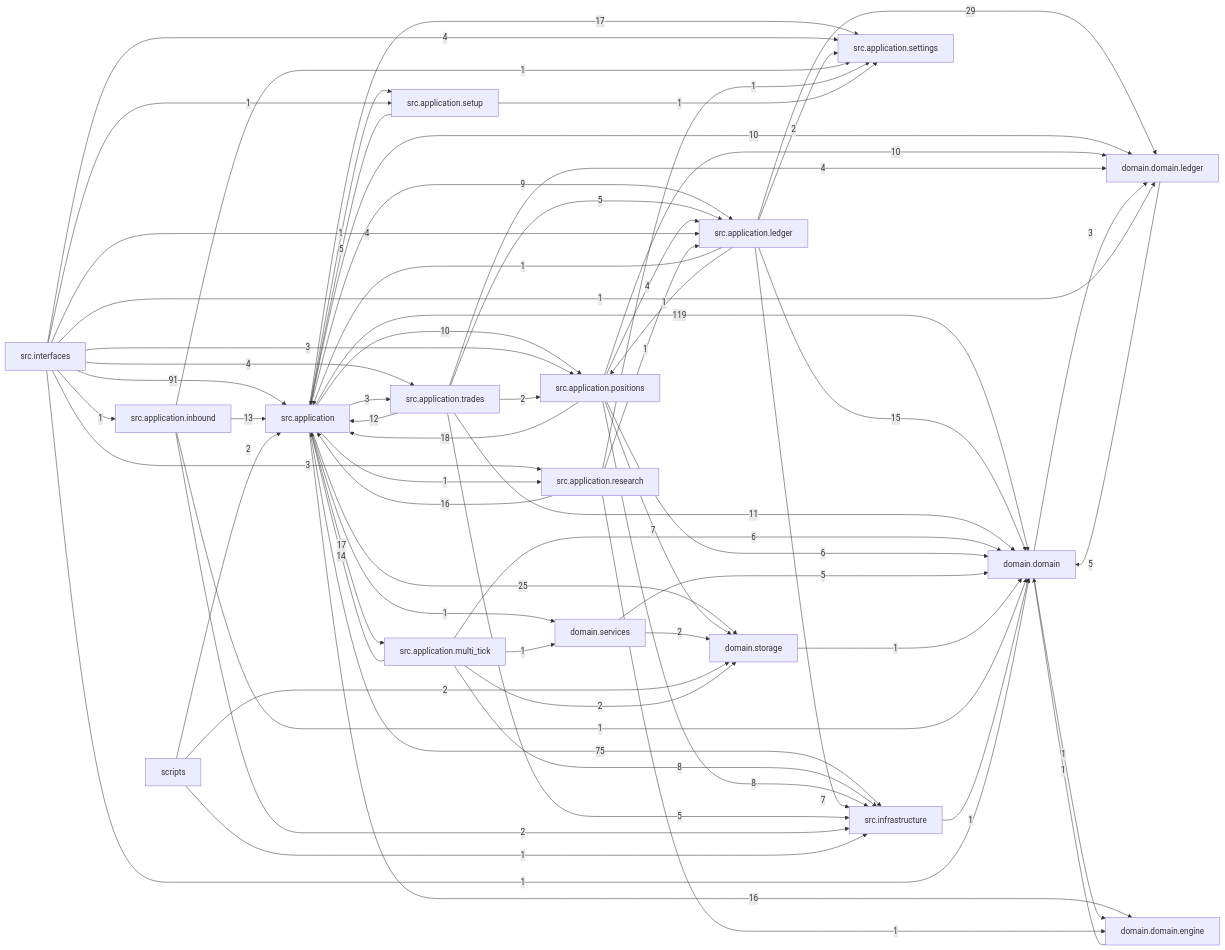
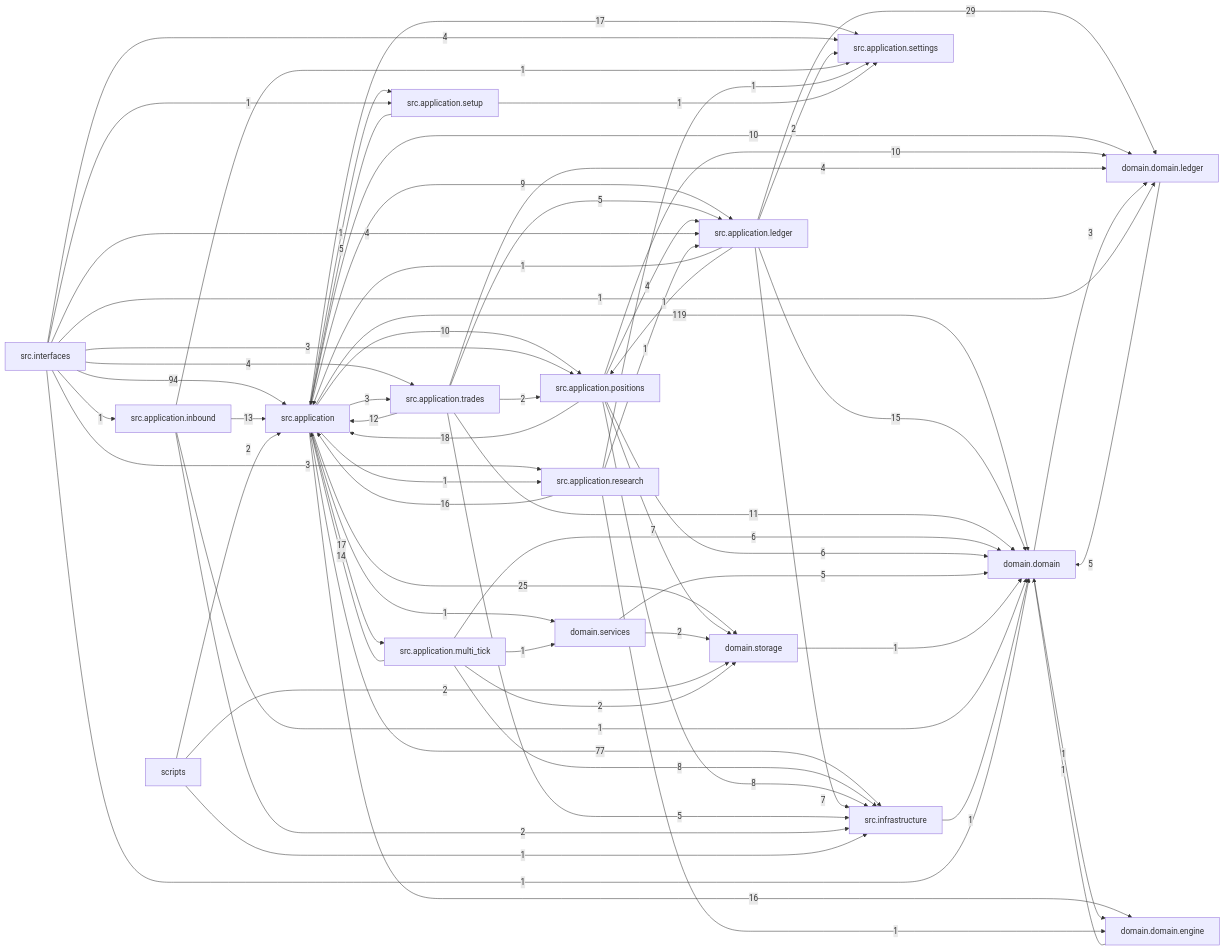
The diagram in docs/dependency_graph.mmd (liuxie066/options-monitor), drawn with Mermaid before and after one commit. The commit also changed 62 other files, not shown here.

```diff
--- a/docs/dependency_graph.mmd
+++ b/docs/dependency_graph.mmd
@@ -1,68 +1,68 @@
 flowchart LR
   src_application["src.application"] -->|119| domain_domain["domain.domain"]
-  src_interfaces["src.interfaces"] -->|91| src_application["src.application"]
-  src_application["src.application"] -->|75| src_infrastructure["src.infrastructure"]
+  src_interfaces["src.interfaces"] -->|94| src_application["src.application"]
+  src_application["src.application"] -->|77| src_infrastructure["src.infrastructure"]
   src_application_ledger["src.application.ledger"] -->|29| domain_domain_ledger["domain.domain.ledger"]
   src_application["src.application"] -->|25| domain_storage["domain.storage"]
   src_application_positions["src.application.positions"] -->|18| src_application["src.application"]
   src_application["src.application"] -->|17| src_application_multi_tick["src.application.multi_tick"]
   src_application["src.application"] -->|17| src_application_settings["src.application.settings"]
   src_application["src.application"] -->|16| domain_domain_engine["domain.domain.engine"]
   src_application_research["src.application.research"] -->|16| src_application["src.application"]
   src_application_ledger["src.application.ledger"] -->|15| domain_domain["domain.domain"]
   src_application_multi_tick["src.application.multi_tick"] -->|14| src_application["src.application"]
   src_application_inbound["src.application.inbound"] -->|13| src_application["src.application"]
   src_application_trades["src.application.trades"] -->|12| src_application["src.application"]
   src_application_trades["src.application.trades"] -->|11| domain_domain["domain.domain"]
   src_application["src.application"] -->|10| domain_domain_ledger["domain.domain.ledger"]
   src_application["src.application"] -->|10| src_application_positions["src.application.positions"]
   src_application_positions["src.application.positions"] -->|10| domain_domain_ledger["domain.domain.ledger"]
   src_application["src.application"] -->|9| src_application_ledger["src.application.ledger"]
   src_application_multi_tick["src.application.multi_tick"] -->|8| src_infrastructure["src.infrastructure"]
   src_application_positions["src.application.positions"] -->|8| src_infrastructure["src.infrastructure"]
   src_application_ledger["src.application.ledger"] -->|7| src_infrastructure["src.infrastructure"]
   src_application_positions["src.application.positions"] -->|7| domain_storage["domain.storage"]
   src_application_multi_tick["src.application.multi_tick"] -->|6| domain_domain["domain.domain"]
   src_application_positions["src.application.positions"] -->|6| domain_domain["domain.domain"]
   domain_domain_ledger["domain.domain.ledger"] -->|5| domain_domain["domain.domain"]
   domain_services["domain.services"] -->|5| domain_domain["domain.domain"]
   src_application_setup["src.application.setup"] -->|5| src_application["src.application"]
   src_application_trades["src.application.trades"] -->|5| src_application_ledger["src.application.ledger"]
   src_application_trades["src.application.trades"] -->|5| src_infrastructure["src.infrastructure"]
   src_application_positions["src.application.positions"] -->|4| src_application_ledger["src.application.ledger"]
   src_application_trades["src.application.trades"] -->|4| domain_domain_ledger["domain.domain.ledger"]
   src_interfaces["src.interfaces"] -->|4| src_application_ledger["src.application.ledger"]
   src_interfaces["src.interfaces"] -->|4| src_application_settings["src.application.settings"]
   src_interfaces["src.interfaces"] -->|4| src_application_trades["src.application.trades"]
   domain_domain["domain.domain"] -->|3| domain_domain_ledger["domain.domain.ledger"]
   src_application["src.application"] -->|3| src_application_trades["src.application.trades"]
   src_interfaces["src.interfaces"] -->|3| src_application_positions["src.application.positions"]
   src_interfaces["src.interfaces"] -->|3| src_application_research["src.application.research"]
   domain_services["domain.services"] -->|2| domain_storage["domain.storage"]
   scripts["scripts"] -->|2| domain_storage["domain.storage"]
   scripts["scripts"] -->|2| src_application["src.application"]
   src_application_inbound["src.application.inbound"] -->|2| src_infrastructure["src.infrastructure"]
   src_application_ledger["src.application.ledger"] -->|2| src_application_settings["src.application.settings"]
   src_application_multi_tick["src.application.multi_tick"] -->|2| domain_storage["domain.storage"]
   src_application_trades["src.application.trades"] -->|2| src_application_positions["src.application.positions"]
   domain_domain["domain.domain"] -->|1| domain_domain_engine["domain.domain.engine"]
   domain_domain_engine["domain.domain.engine"] -->|1| domain_domain["domain.domain"]
   domain_storage["domain.storage"] -->|1| domain_domain["domain.domain"]
   scripts["scripts"] -->|1| src_infrastructure["src.infrastructure"]
   src_application["src.application"] -->|1| domain_services["domain.services"]
   src_application["src.application"] -->|1| src_application_research["src.application.research"]
   src_application["src.application"] -->|1| src_application_setup["src.application.setup"]
   src_application_inbound["src.application.inbound"] -->|1| domain_domain["domain.domain"]
   src_application_inbound["src.application.inbound"] -->|1| src_application_settings["src.application.settings"]
   src_application_ledger["src.application.ledger"] -->|1| src_application["src.application"]
   src_application_ledger["src.application.ledger"] -->|1| src_application_positions["src.application.positions"]
   src_application_multi_tick["src.application.multi_tick"] -->|1| domain_services["domain.services"]
   src_application_research["src.application.research"] -->|1| domain_domain_engine["domain.domain.engine"]
   src_application_research["src.application.research"] -->|1| src_application_ledger["src.application.ledger"]
   src_application_research["src.application.research"] -->|1| src_application_settings["src.application.settings"]
   src_application_setup["src.application.setup"] -->|1| src_application_settings["src.application.settings"]
   src_infrastructure["src.infrastructure"] -->|1| domain_domain["domain.domain"]
   src_interfaces["src.interfaces"] -->|1| domain_domain["domain.domain"]
   src_interfaces["src.interfaces"] -->|1| domain_domain_ledger["domain.domain.ledger"]
   src_interfaces["src.interfaces"] -->|1| src_application_inbound["src.application.inbound"]
   src_interfaces["src.interfaces"] -->|1| src_application_setup["src.application.setup"]
```
